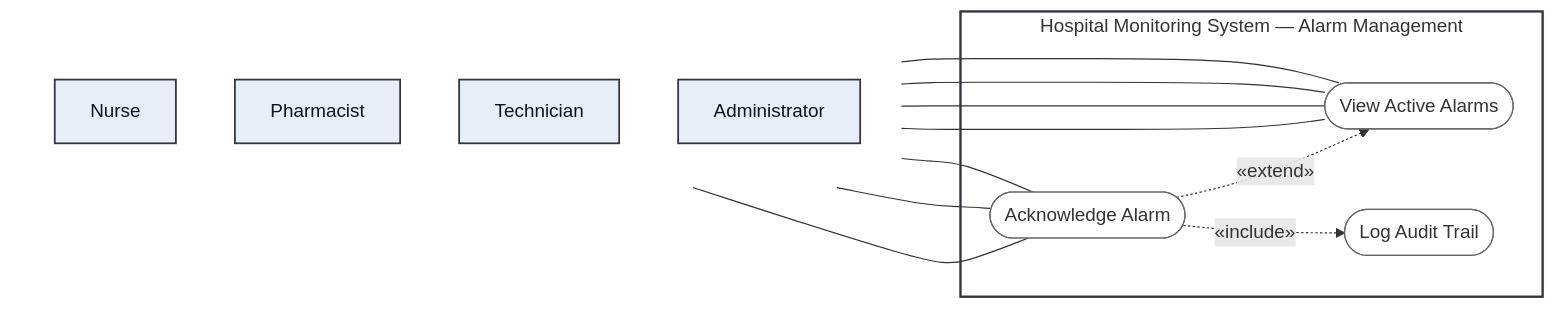
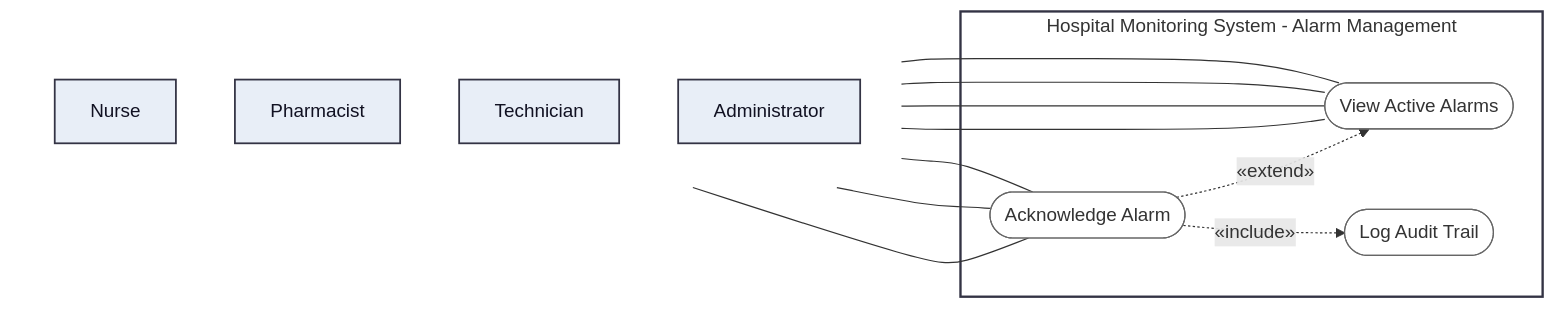
One commit to LukaMrt/3K04-project changed the fifth of 7 diagrams in docs/part-b/diagrams/use-case-diagram.md. Above: the diagram before and after it, drawn with Mermaid. The commit also changed other lines of this file and 14 other files, not shown here.

````diff
--- a/docs/part-b/diagrams/use-case-diagram.md
+++ b/docs/part-b/diagrams/use-case-diagram.md
@@ -149,34 +149,34 @@
 ```mermaid
 flowchart LR
     subgraph Actors[" "]
         direction TB
         Nurse["Nurse"]
         Pharmacist["Pharmacist"]
         Technician["Technician"]
         Admin["Administrator"]
     end
 
-    subgraph MS["Hospital Monitoring System — Alarm Management"]
+    subgraph MS["Hospital Monitoring System - Alarm Management"]
         ViewAlarms(["View Active Alarms"])
         AckAlarm(["Acknowledge Alarm"])
         AuditLog(["Log Audit Trail"])
     end
 
     Nurse --- ViewAlarms
     Pharmacist --- ViewAlarms
     Technician --- ViewAlarms
     Admin --- ViewAlarms
     Nurse --- AckAlarm
     Pharmacist --- AckAlarm
     Technician --- AckAlarm
 
     AckAlarm -. "«extend»" .-> ViewAlarms
     AckAlarm -. "«include»" .-> AuditLog
 
     classDef actor fill:#e8eef7,stroke:#334,stroke-width:1.5px,color:#112;
     classDef usecase fill:#fff,stroke:#666,stroke-width:1px;
     class Nurse,Pharmacist,Technician,Admin actor;
     class ViewAlarms,AckAlarm,AuditLog usecase;
     style Actors fill:none,stroke:none;
     style MS fill:none,stroke:#334,stroke-width:2px;
 ```
````
